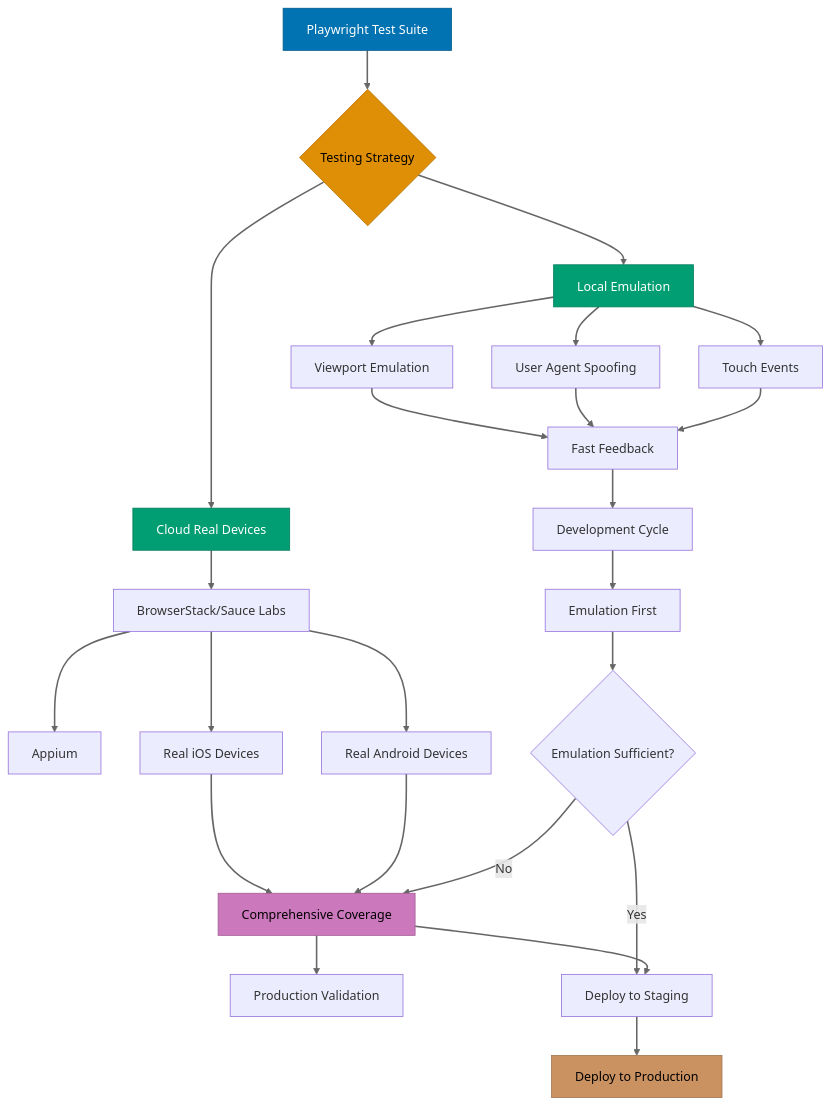
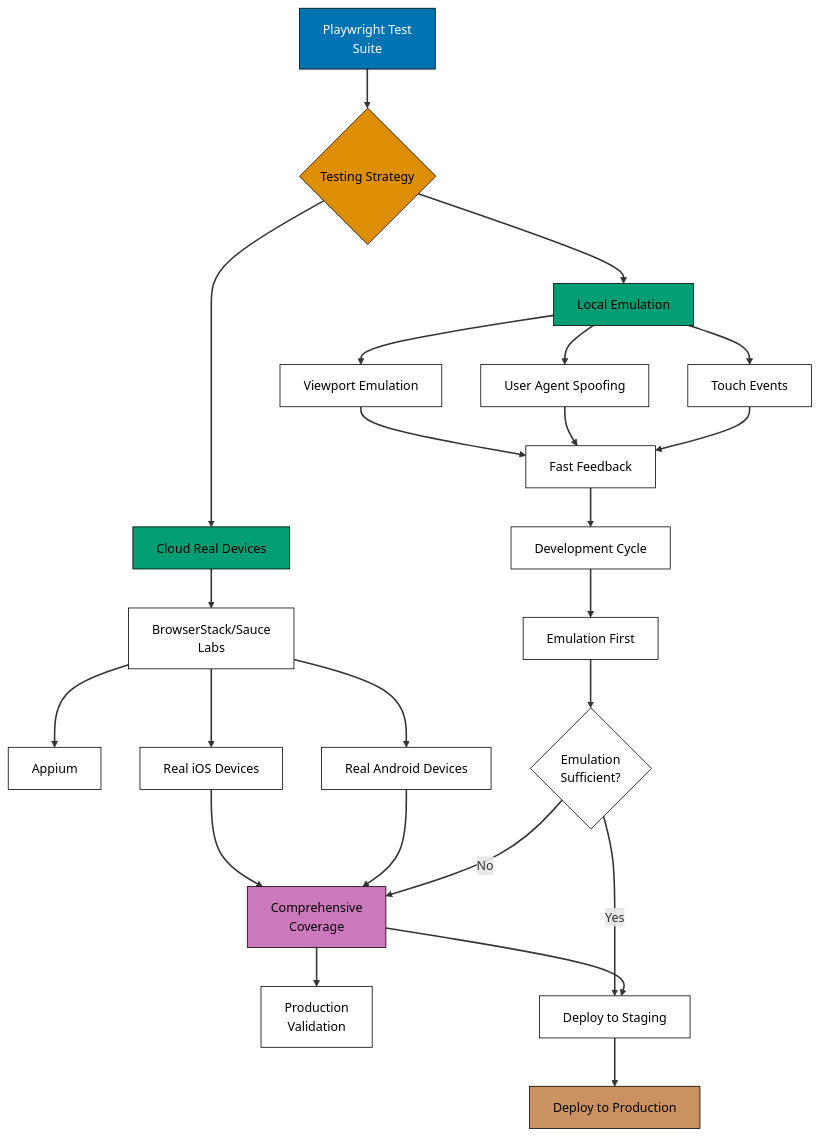
One commit to wahidyankf/ose-public changed the diagram in apps/ayokoding-www/content/en/learn/legacy/software-engineering/automation-testing/tools/playwright/in-the-field/mobile-testing.md. Above: the diagram before and after it, drawn with Mermaid. The commit also changed 131 other files, not shown here.

First line of the commit message:
fix(mermaid): bring the legacy data, infrastructure, and testing diagrams onto the accessible palette

````diff
--- a/apps/ayokoding-www/content/en/learn/legacy/software-engineering/automation-testing/tools/playwright/in-the-field/mobile-testing.md
+++ b/apps/ayokoding-www/content/en/learn/legacy/software-engineering/automation-testing/tools/playwright/in-the-field/mobile-testing.md
@@ -554,45 +554,53 @@
 ```mermaid
 flowchart TD
-    A[Playwright Test Suite] --> B{Testing Strategy}
+    accTitle: Mobile Testing Architecture
+    accDescr: Flowchart with 19 nodes and 23 connections. Nodes: Playwright Test Suite, Testing Strategy, Local Emulation, Cloud Real Devices, Viewport Emulation, User Agent Spoofing, Touch Events, Fast Feedback, BrowserStack/Sauce Labs, Appium, Real iOS Devices, Real Android Devices, and 7 more. Connections: Playwright Test Suite to Testing Strategy, Testing Strategy to Local Emulation, Testing Strategy to Cloud Real Devices, Local Emulation to Viewport Emulation, Local Emulation to User Agent Spoofing, Local Emulation to Touch Events, Viewport Emulation to Fast Feedback, User Agent Spoofing to Fast Feedback, Touch Events to Fast Feedback, Cloud Real Devices to BrowserStack/Sauce Labs, BrowserStack/Sauce Labs to Appium, BrowserStack/Sauce Labs to Real iOS Devices, and 11 more.
+    A[Playwright Test<br/>Suite] --> B{Testing Strategy}
 
     B --> C[Local Emulation]
     B --> D[Cloud Real Devices]
 
     C --> C1[Viewport Emulation]
     C --> C2[User Agent Spoofing]
     C --> C3[Touch Events]
 
     C1 --> C4[Fast Feedback]
     C2 --> C4
     C3 --> C4
 
-    D --> D1[BrowserStack/Sauce Labs]
+    D --> D1[BrowserStack/Sauce<br/>Labs]
     D1 --> D2[Appium]
 
     D1 --> D3[Real iOS Devices]
     D1 --> D4[Real Android Devices]
 
-    D3 --> D5[Comprehensive Coverage]
+    D3 --> D5[Comprehensive<br/>Coverage]
     D4 --> D5
 
     C4 --> E[Development Cycle]
-    D5 --> F[Production Validation]
+    D5 --> F[Production<br/>Validation]
 
     E --> G[Emulation First]
-    G --> H{Emulation Sufficient?}
+    G --> H{Emulation<br/>Sufficient?}
 
     H -->|Yes| I[Deploy to Staging]
     H -->|No| D5
 
     D5 --> I
     I --> J[Deploy to Production]
 
-    style A fill:#0173B2,stroke:#015a8c,color:#fff
-    style B fill:#DE8F05,stroke:#b57204,color:#000
-    style C fill:#029E73,stroke:#027d5b,color:#fff
-    style D fill:#029E73,stroke:#027d5b,color:#fff
-    style D5 fill:#CC78BC,stroke:#a35f96,color:#000
-    style J fill:#CA9161,stroke:#a1734d,color:#000
 
-    linkStyle default stroke:#666,stroke-width:2px
+    linkStyle default stroke-width:2px
+    classDef pal-0173B2 fill:#0173B2,stroke:#000000,color:#FFFFFF
+    class A pal-0173B2
+    classDef pal-DE8F05 fill:#DE8F05,stroke:#000000,color:#000000
+    class B pal-DE8F05
+    classDef pal-029E73 fill:#029E73,stroke:#000000,color:#000000
+    class C pal-029E73
+    class D pal-029E73
+    classDef pal-CC78BC fill:#CC78BC,stroke:#000000,color:#000000
+    class D5 pal-CC78BC
+    classDef pal-CA9161 fill:#CA9161,stroke:#000000,color:#000000
+    class J pal-CA9161
+    classDef default fill:#FFFFFF,stroke:#000000,color:#000000
 ```
````
